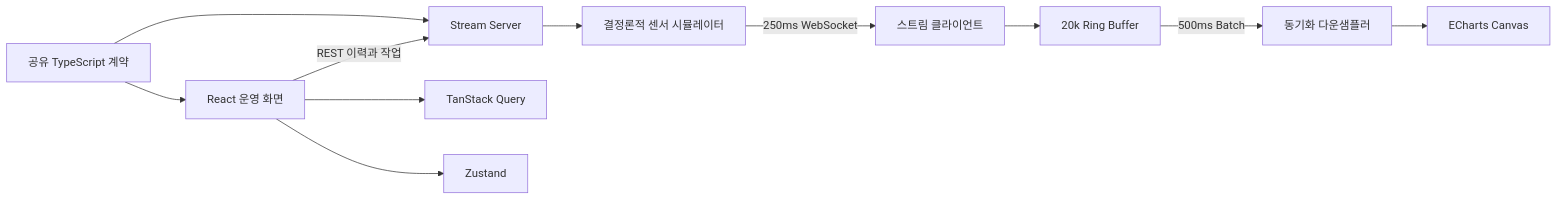
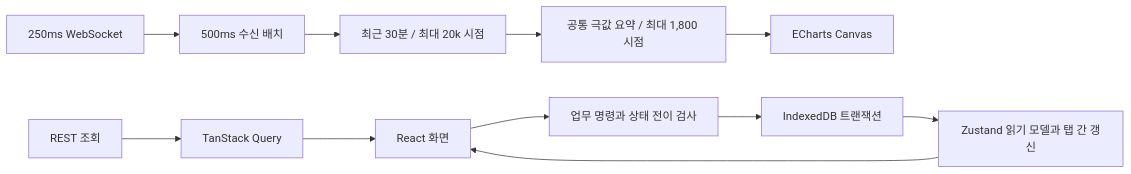
Before and after one commit to kwakhyun/nexus-forge: the diagram in README.md, drawn with Mermaid. The commit also changed other lines of this file and 101 other files, not shown here.

````diff
--- a/README.md
+++ b/README.md
@@ -104,13 +63,8 @@
 ```mermaid
 flowchart LR
-    UI[React 운영 화면] -->|REST 이력과 작업| API[Stream Server]
-    API --> SIM[결정론적 센서 시뮬레이터]
-    SIM -->|250ms WebSocket| WS[스트림 클라이언트]
-    WS --> RB[20k Ring Buffer]
-    RB -->|500ms Batch| DS[동기화 다운샘플러]
-    DS --> CHART[ECharts Canvas]
-    UI --> QUERY[TanStack Query]
-    UI --> STORE[Zustand]
-    CONTRACTS[공유 TypeScript 계약] --> UI
-    CONTRACTS --> API
+    REST[REST 조회] --> Query[TanStack Query] --> UI[React 화면]
+    WS[250ms WebSocket] --> Batch[500ms 수신 배치] --> Buffer[최근 30분 / 최대 20k 시점]
+    Buffer --> Sample[공통 극값 요약 / 최대 1,800 시점] --> Canvas[ECharts Canvas]
+    UI --> Command[업무 명령과 상태 전이 검사] --> IDB[IndexedDB 트랜잭션]
+    IDB --> Store[Zustand 읽기 모델과 탭 간 갱신] --> UI
 ```
````
